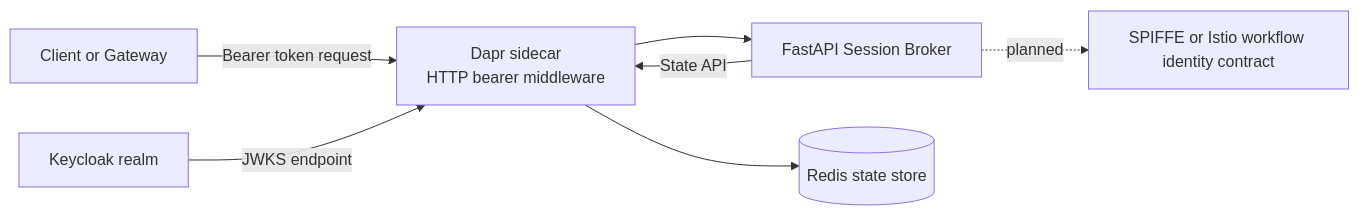
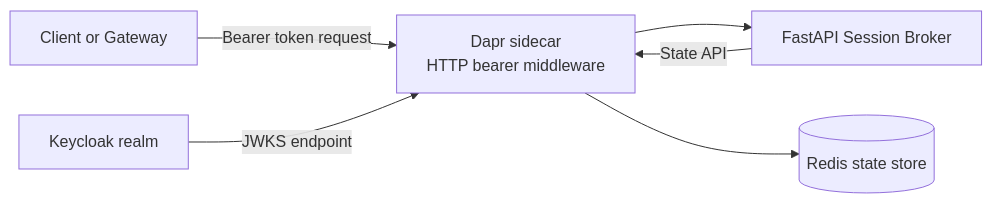
One commit to jdarguello/Session-Broker changed the first of 2 diagrams in docs/docs/architecture/overview.mdx. Above: the diagram before and after it, drawn with Mermaid. The commit also changed other lines of this file and 1 other file, not shown here.

First line of the commit message:
docs: remove SPIFFE/Istio contract language; reader returns access token

````diff
--- a/docs/docs/architecture/overview.mdx
+++ b/docs/docs/architecture/overview.mdx
@@ -16,9 +16,8 @@
 ```mermaid
 flowchart LR
     Client[Client or Gateway] -->|Bearer token request| Dapr[Dapr sidecar\nHTTP bearer middleware]
     Dapr --> Broker[FastAPI Session Broker]
     Broker -->|State API| Dapr
     Dapr --> Redis[(Redis state store)]
     Keycloak[Keycloak realm] -->|JWKS endpoint| Dapr
-    Broker -. planned .-> Workflow[SPIFFE or Istio workflow identity contract]
 ```
````
